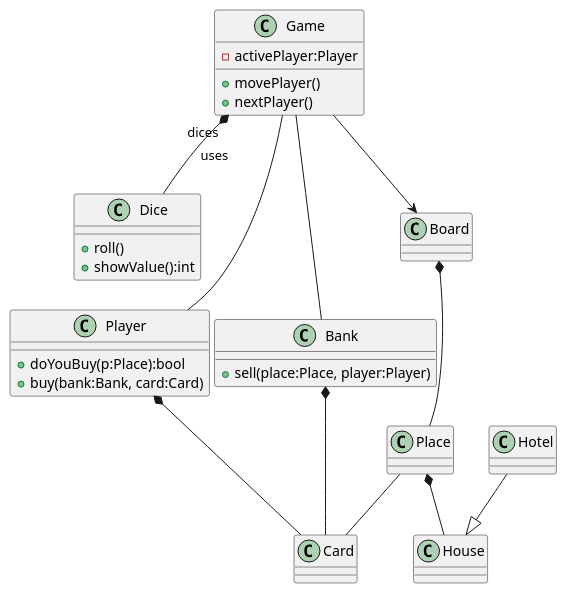
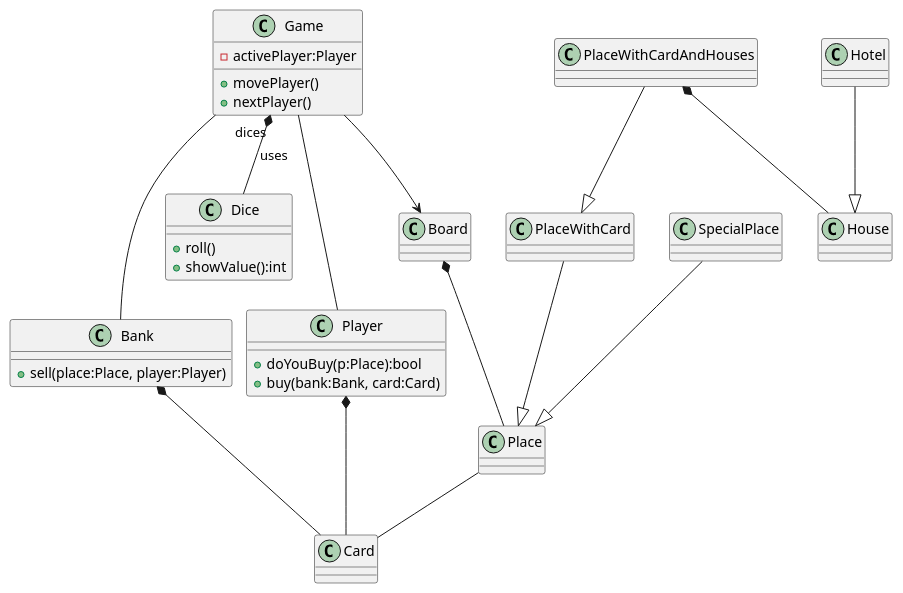
One commit to kpodlaski/ProjObj2019 changed the diagram in dzienne/gr1/monopoly/basic_objects.plantuml. Above: the diagram before and after it, drawn with PlantUML. The commit also changed 1 other file, not shown here.

```diff
--- a/dzienne/gr1/monopoly/basic_objects.plantuml
+++ b/dzienne/gr1/monopoly/basic_objects.plantuml
@@ -1,39 +1,50 @@
 @startuml  Monopoly_Game_class_diagram
 
 Game "dices" *--  Dice : uses
 
 Game --> Board
 Board *-- Place
 Place -- Card
 Player *-- Card
 Bank *-- Card
 Hotel --|> House
-Place *-- House
+SpecialPlace --|> Place
+PlaceWithCard --|>Place
+PlaceWithCardAndHouses --|>PlaceWithCard
+PlaceWithCardAndHouses *-- House
+
 Game -- Bank
 Game -- Player
+
 
 class Dice{
     +roll()
     +showValue():int
 }
 'Controller for the game app
 class Game{
     -activePlayer:Player
     +movePlayer()
     +nextPlayer()
 }
 class Board
 class Bank
 {
     +sell(place:Place, player:Player)
 }
 class Place
+
+class SpecialPlace{}
+class PlaceWithCard{}
+class PlaceWithCardAndHouses{}
+
 class Player{
     +doYouBuy(p:Place):bool
     +buy(bank:Bank, card:Card)
 }
 class Card
 class House
 class Hotel
 
+
 @enduml
```
